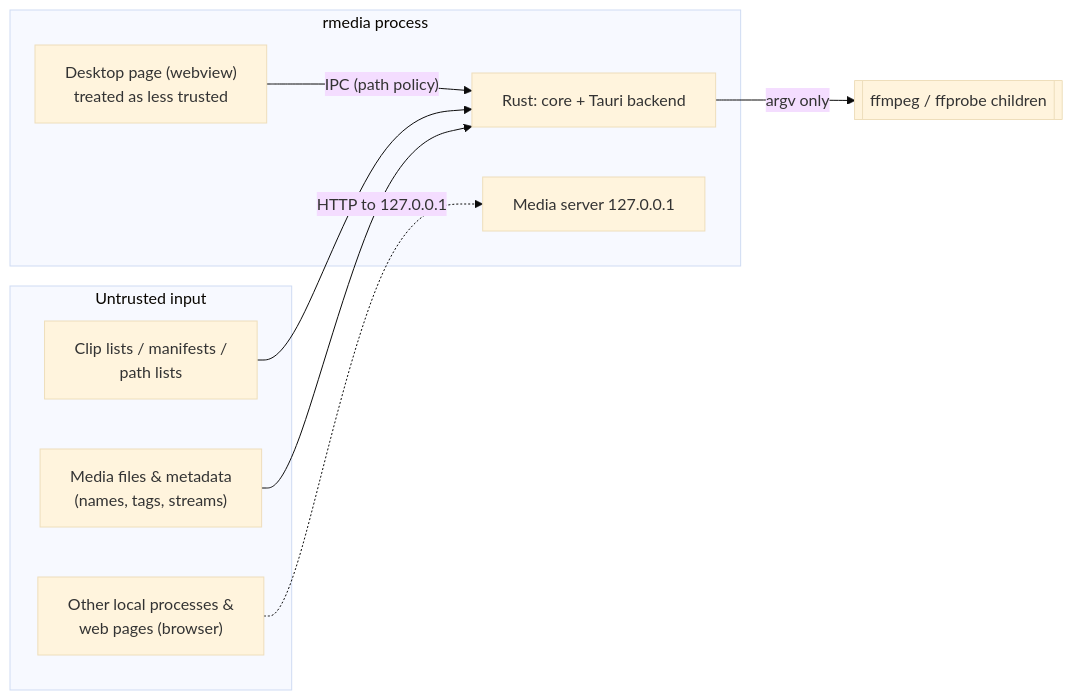
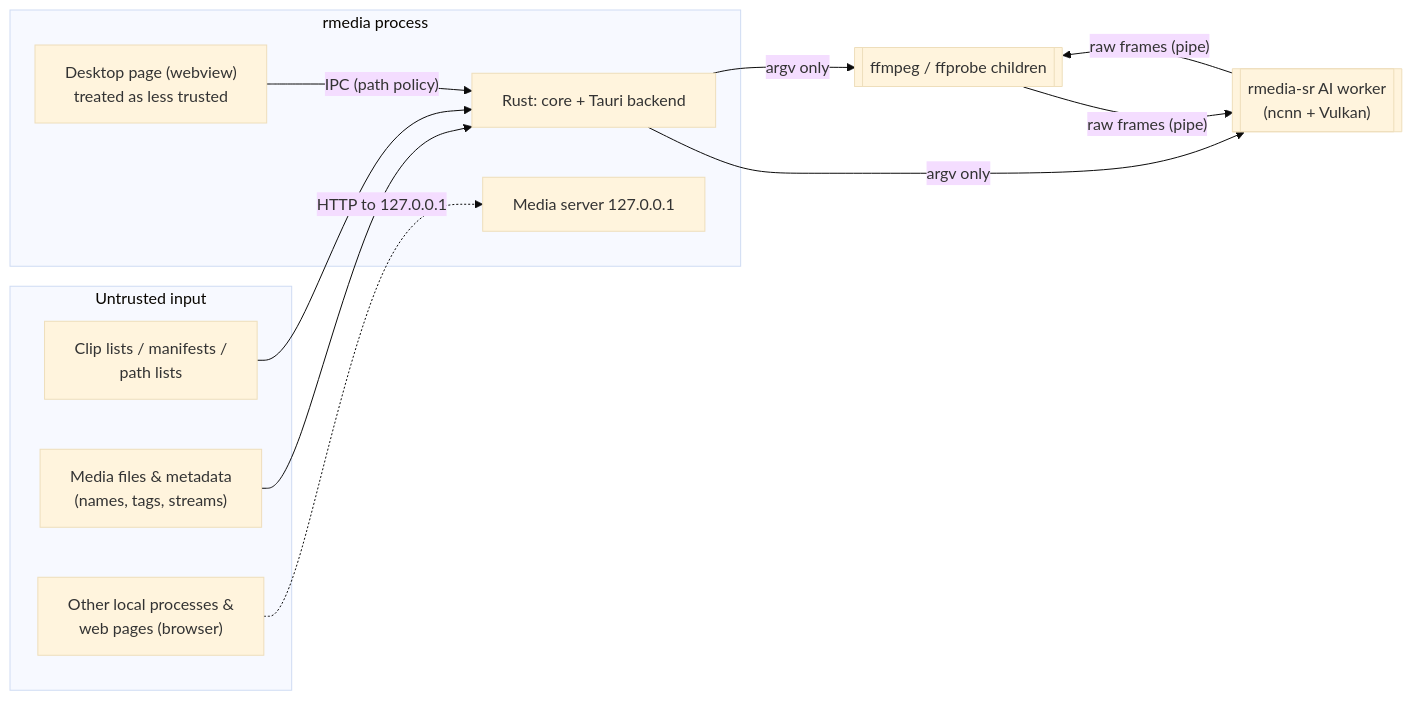
One commit to z3r0fidev/redd-media-clipper-upscaler changed the diagram in docs/security/security-model.md. Above: the diagram before and after it, drawn with Mermaid (base theme). The commit also changed other lines of this file and 17 other files, not shown here.

````diff
--- a/docs/security/security-model.md
+++ b/docs/security/security-model.md
@@ -22,19 +22,23 @@
 ```mermaid
 flowchart LR
   subgraph untrusted["Untrusted input"]
     media["Media files & metadata<br/>(names, tags, streams)"]
     lists["Clip lists / manifests /<br/>path lists"]
     web["Other local processes &<br/>web pages (browser)"]
   end
   subgraph app["rmedia process"]
     page["Desktop page (webview)<br/>treated as less trusted"]
     rust["Rust: core + Tauri backend"]
     ms["Media server 127.0.0.1"]
   end
   ff[["ffmpeg / ffprobe children"]]
+  sr[["rmedia-sr AI worker<br/>(ncnn + Vulkan)"]]
   media --> rust
   lists --> rust
   page -- "IPC (path policy)" --> rust
   web -. "HTTP to 127.0.0.1" .-> ms
   rust -- "argv only" --> ff
+  rust -- "argv only" --> sr
+  ff -- "raw frames (pipe)" --> sr
+  sr -- "raw frames (pipe)" --> ff
 ```
````
